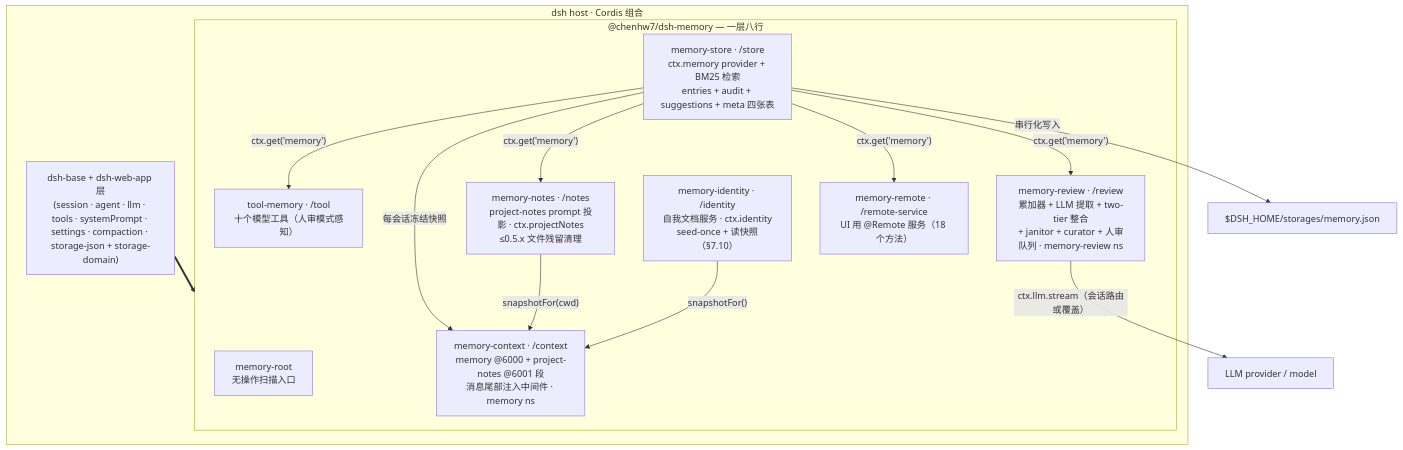
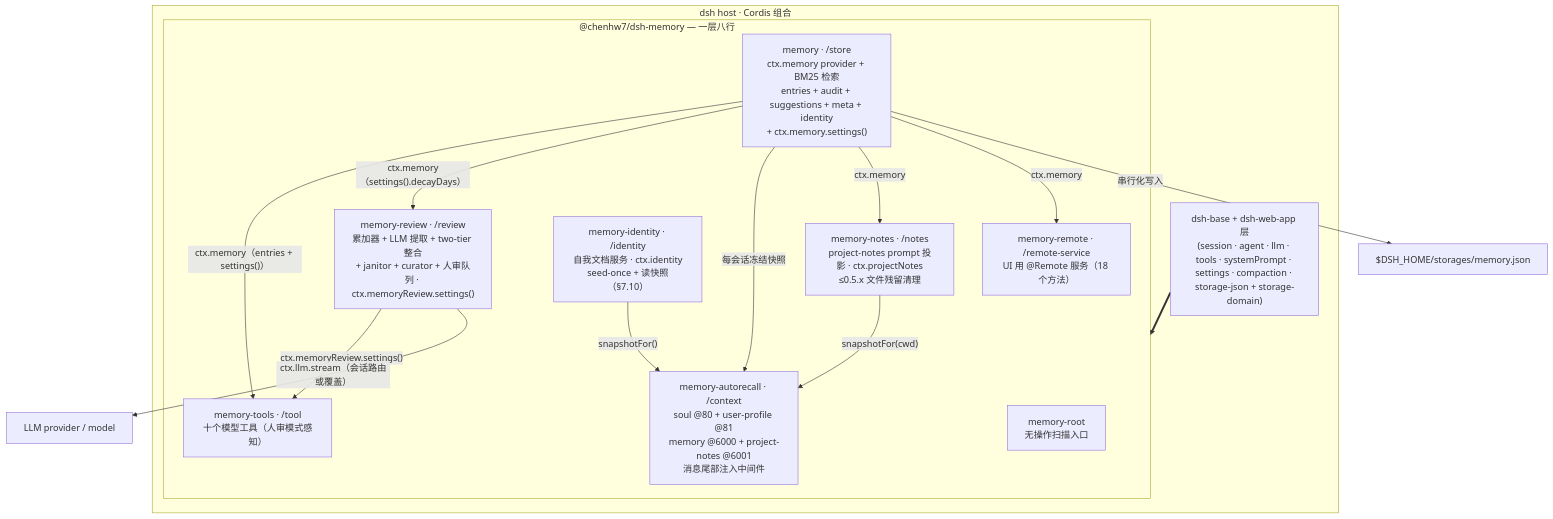
Before and after one commit to chenhw7/dsh-memory: the first of 3 diagrams in docs/TECH_DESIGN.zh.md, drawn with Mermaid. The commit also changed other lines of this file and 65 other files, not shown here.

````diff
--- a/docs/TECH_DESIGN.zh.md
+++ b/docs/TECH_DESIGN.zh.md
@@ -103,26 +104,27 @@
 ```mermaid
 flowchart TB
   subgraph host["dsh host · Cordis 组合"]
     base["dsh-base + dsh-web-app 层<br/>(session · agent · llm · tools · systemPrompt · settings · compaction · storage-json + storage-domain)"]
     subgraph bundle["@chenhw7/dsh-memory — 一层八行"]
       root["memory-root<br/>无操作扫描入口"]
-      store["memory-store · /store<br/>ctx.memory provider + BM25 检索<br/>entries + audit + suggestions + meta 四张表"]
-      tool["tool-memory · /tool<br/>十个模型工具（人审模式感知）"]
-      review["memory-review · /review<br/>累加器 + LLM 提取 + two-tier 整合<br/>+ janitor + curator + 人审队列 · memory-review ns"]
+      store["memory · /store<br/>ctx.memory provider + BM25 检索<br/>entries + audit + suggestions + meta + identity<br/>+ ctx.memory.settings()"]
+      tool["memory-tools · /tool<br/>十个模型工具（人审模式感知）"]
+      review["memory-review · /review<br/>累加器 + LLM 提取 + two-tier 整合<br/>+ janitor + curator + 人审队列 · ctx.memoryReview.settings()"]
       notes["memory-notes · /notes<br/>project-notes prompt 投影 · ctx.projectNotes<br/>≤0.5.x 文件残留清理"]
       identity["memory-identity · /identity<br/>自我文档服务 · ctx.identity<br/>seed-once + 读快照（§7.10）"]
-      context["memory-context · /context<br/>memory @6000 + project-notes @6001 段<br/>消息尾部注入中间件 · memory ns"]
+      context["memory-autorecall · /context<br/>soul @80 + user-profile @81<br/>memory @6000 + project-notes @6001<br/>消息尾部注入中间件"]
       remote["memory-remote · /remote-service<br/>UI 用 @Remote 服务（18 个方法）"]
     end
   end
   base ==> bundle
-  store -- "ctx.get('memory')" --> tool
-  store -- "ctx.get('memory')" --> review
+  store -- "ctx.memory（entries + settings()）" --> tool
+  store -- "ctx.memory（settings().decayDays）" --> review
   store -- "每会话冻结快照" --> context
-  store -- "ctx.get('memory')" --> notes
-  store -- "ctx.get('memory')" --> remote
+  store -- "ctx.memory" --> notes
+  store -- "ctx.memory" --> remote
+  review -- "ctx.memoryReview.settings()" --> tool
   review -- "ctx.llm.stream（会话路由或覆盖）" --> llm["LLM provider / model"]
   notes -- "snapshotFor(cwd)" --> context
   identity -- "snapshotFor()" --> context
   store -- "串行化写入" --> json["$DSH_HOME/storages/memory.json"]
 ```
````
